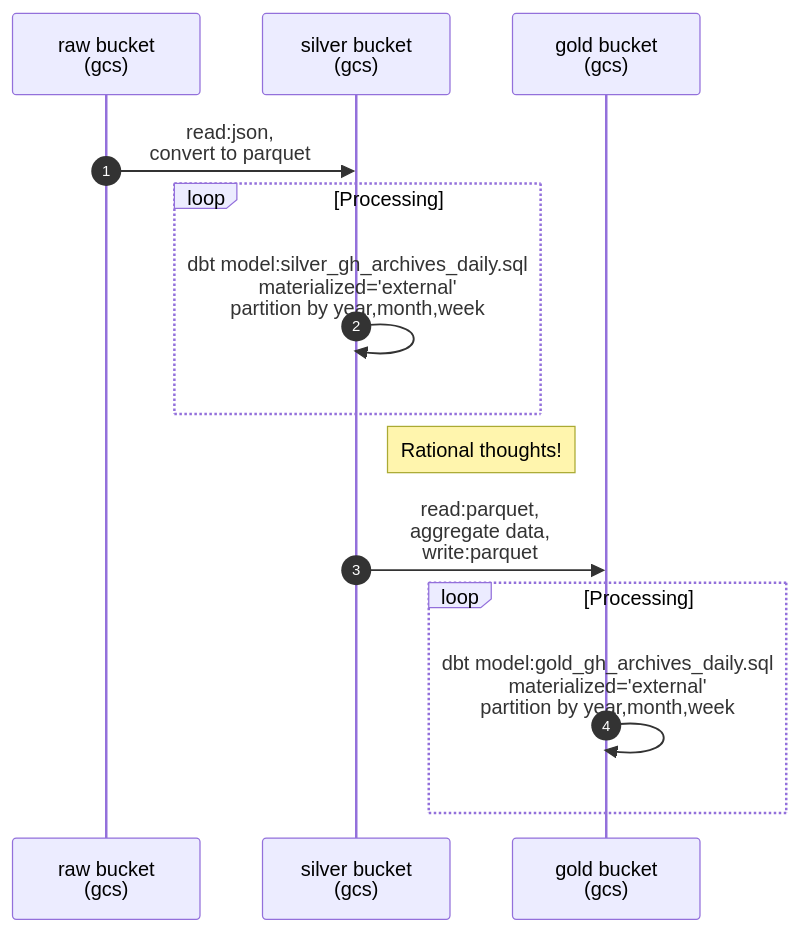
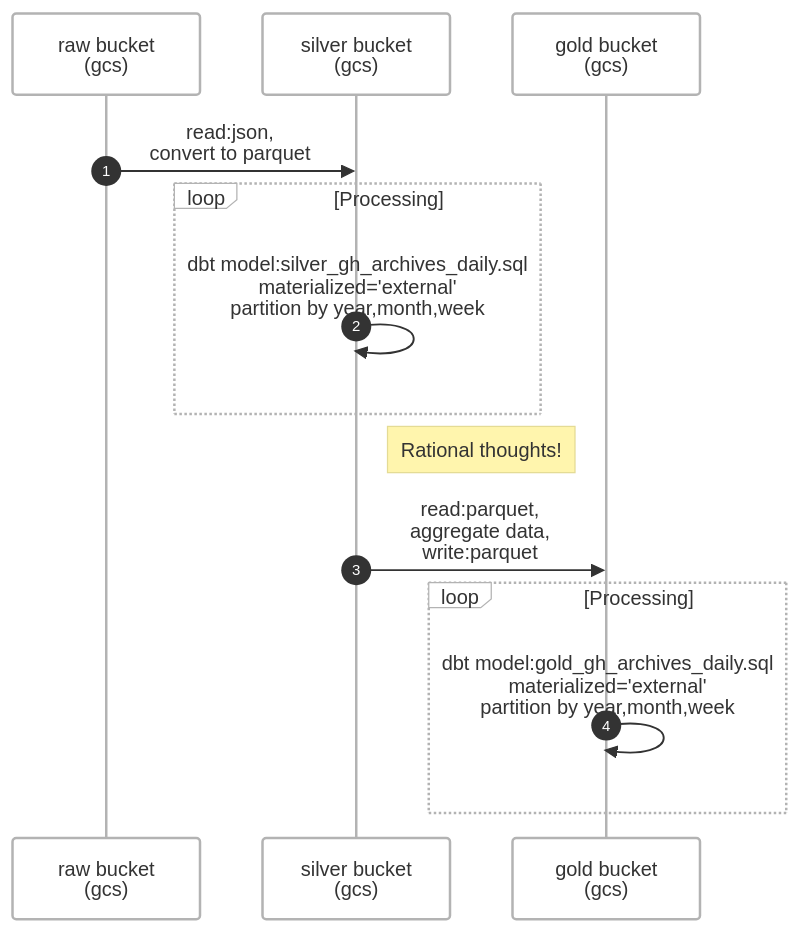
The first of 2 diagrams in README.md (srikanthkote/trade_dbt_project), drawn with Mermaid before and after one commit. The commit also changed other lines of this file, not shown here.

````diff
--- a/README.md
+++ b/README.md
@@ -17,17 +17,22 @@
 ```mermaid
+---
+config:
+  theme: neo
+  look: handDrawn
+---
 sequenceDiagram
   participant Alice as raw bucket<br>(gcs)
   participant John as silver bucket<br>(gcs)
   participant Bob as gold bucket<br>(gcs)
 
   autonumber
   Alice ->> John: read:json, <br>convert to parquet
   loop Processing
     John ->> John: dbt model:silver_gh_archives_daily.sql <br> materialized='external' <br> partition by year,month,week
   end
   Note right of John: Rational thoughts!
   John ->> Bob: read:parquet, <br>aggregate data, <br>write:parquet
   loop Processing
     Bob ->> Bob: dbt model:gold_gh_archives_daily.sql <br>materialized='external' <br> partition by year,month,week
   end  
 ```
````
